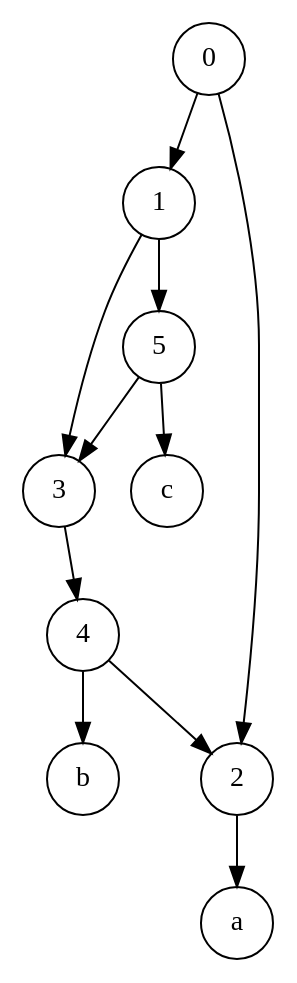
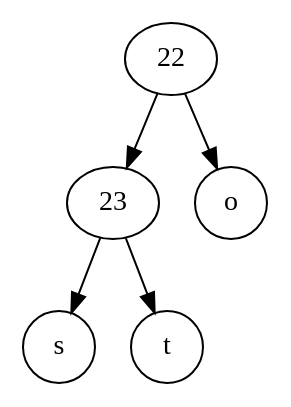
The diagram in Digraph.gv (KSjors/TriL2Net), drawn with Graphviz before and after one commit. The commit also changed 7 other files, not shown here.

```diff
--- a/Digraph.gv
+++ b/Digraph.gv
@@ -1,21 +1,11 @@
 digraph {
-	0 [label=0 height=0.5 width=0.5]
-	1 [label=1 height=0.5 width=0.5]
-	2 [label=2 height=0.5 width=0.5]
-	3 [label=3 height=0.5 width=0.5]
-	a [label=a height=0.5 width=0.5]
-	4 [label=4 height=0.5 width=0.5]
-	b [label=b height=0.5 width=0.5]
-	5 [label=5 height=0.5 width=0.5]
-	c [label=c height=0.5 width=0.5]
-	0 -> 1
-	0 -> 2
-	1 -> 3
-	1 -> 5
-	2 -> a
-	3 -> 4
-	4 -> 2
-	4 -> b
-	5 -> 3
-	5 -> c
+	22 [label=22 height=0.5 width=0.5]
+	23 [label=23 height=0.5 width=0.5]
+	o [label=o height=0.5 width=0.5]
+	s [label=s height=0.5 width=0.5]
+	t [label=t height=0.5 width=0.5]
+	22 -> o
+	22 -> 23
+	23 -> s
+	23 -> t
 }
```
